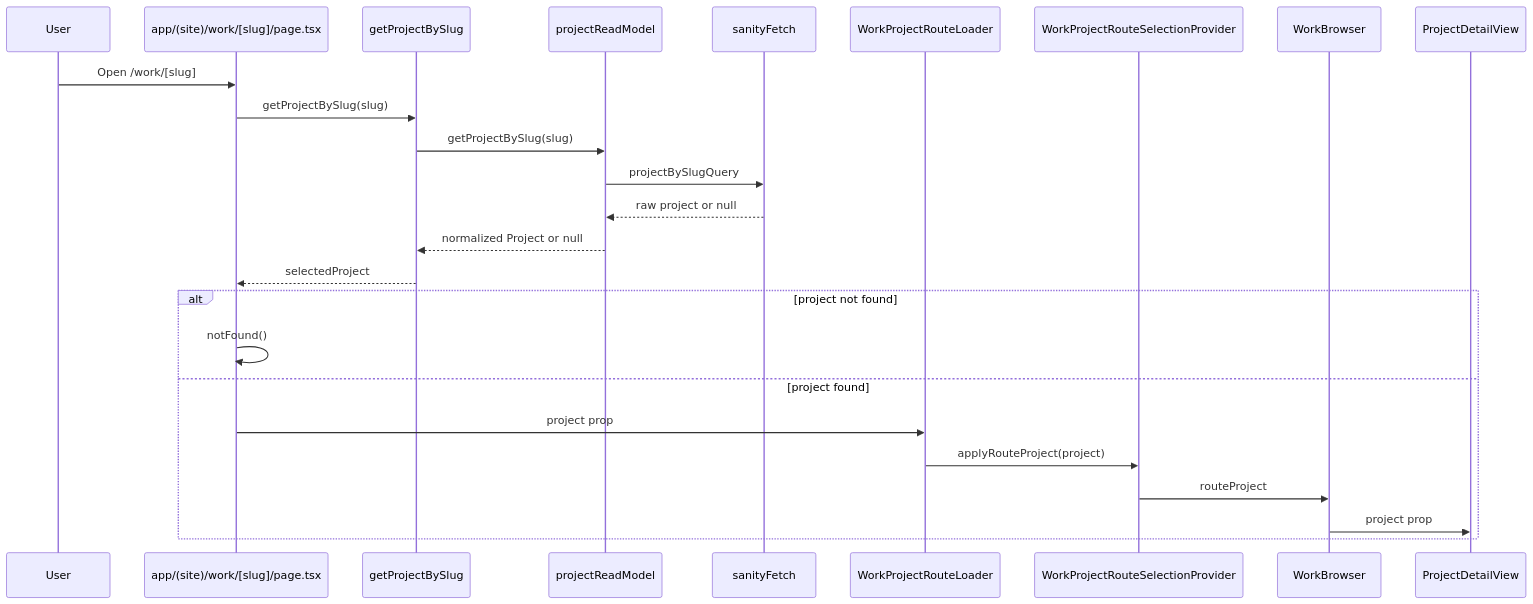
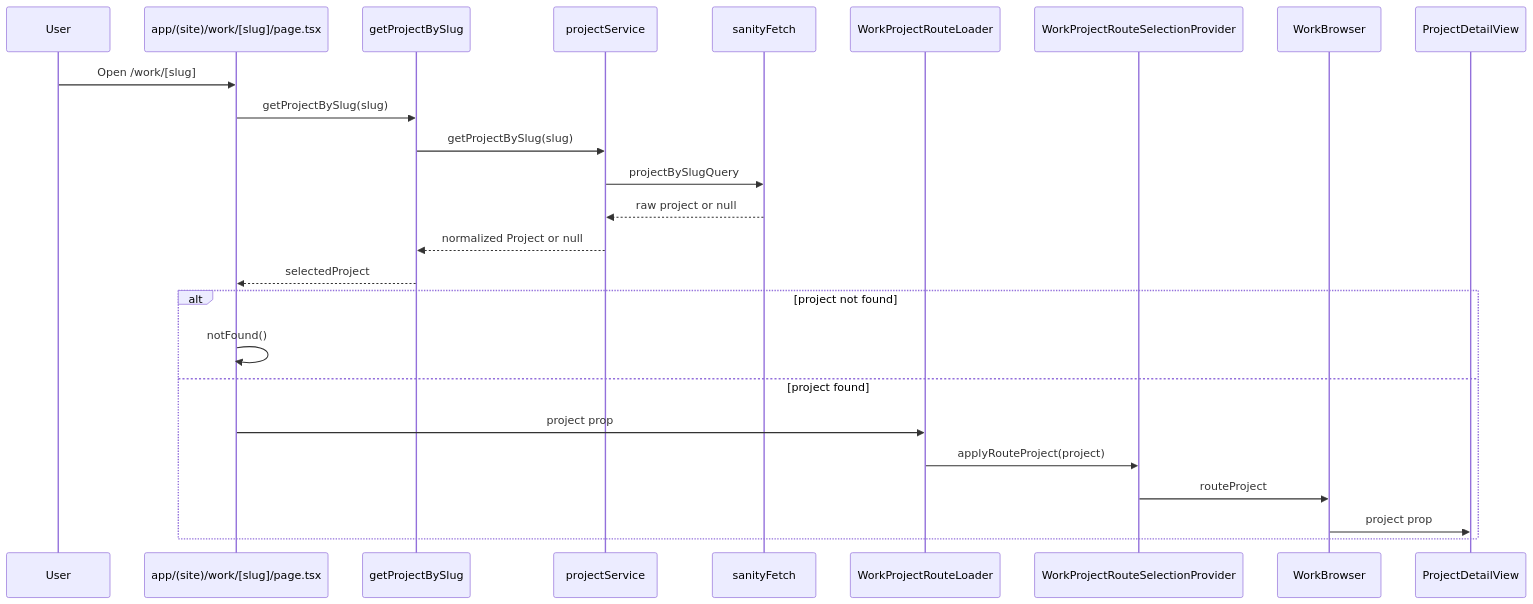
The fourth of 6 diagrams in docs/architecture.md (pinpointpinpoint/style-up-studio), drawn with Mermaid before and after one commit. The commit also changed other lines of this file and 49 other files, not shown here.

````diff
--- a/docs/architecture.md
+++ b/docs/architecture.md
@@ -168,29 +168,29 @@
 ```mermaid
 sequenceDiagram
     participant User
     participant Route as app/(site)/work/[slug]/page.tsx
     participant Action as getProjectBySlug
-    participant ReadModel as projectReadModel
+    participant ProjectService as projectService
     participant Fetch as sanityFetch
     participant Loader as WorkProjectRouteLoader
     participant Context as WorkProjectRouteSelectionProvider
     participant WorkBrowser
     participant Detail as ProjectDetailView
 
     User->>Route: Open /work/[slug]
     Route->>Action: getProjectBySlug(slug)
-    Action->>ReadModel: getProjectBySlug(slug)
-    ReadModel->>Fetch: projectBySlugQuery
-    Fetch-->>ReadModel: raw project or null
-    ReadModel-->>Action: normalized Project or null
+    Action->>ProjectService: getProjectBySlug(slug)
+    ProjectService->>Fetch: projectBySlugQuery
+    Fetch-->>ProjectService: raw project or null
+    ProjectService-->>Action: normalized Project or null
     Action-->>Route: selectedProject
 
     alt project not found
         Route->>Route: notFound()
     else project found
         Route->>Loader: project prop
         Loader->>Context: applyRouteProject(project)
         Context->>WorkBrowser: routeProject
         WorkBrowser->>Detail: project prop
     end
 ```
````
